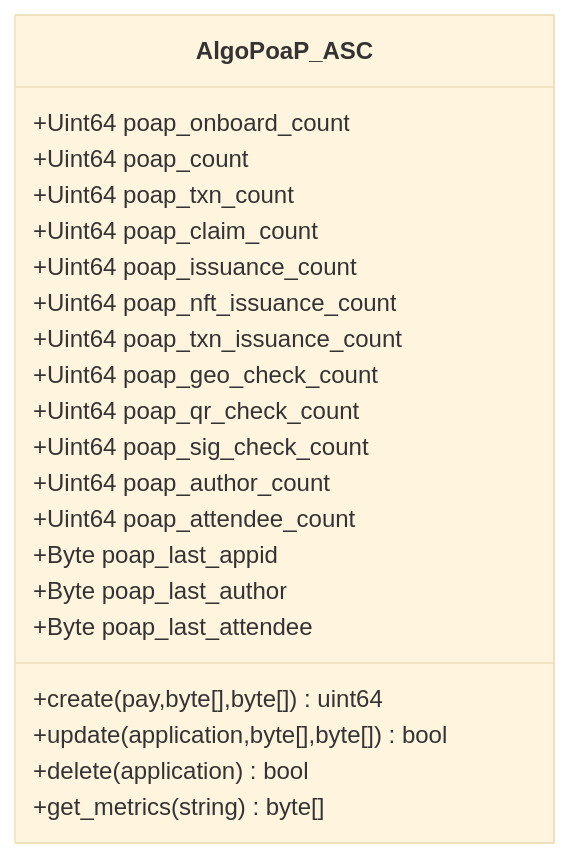
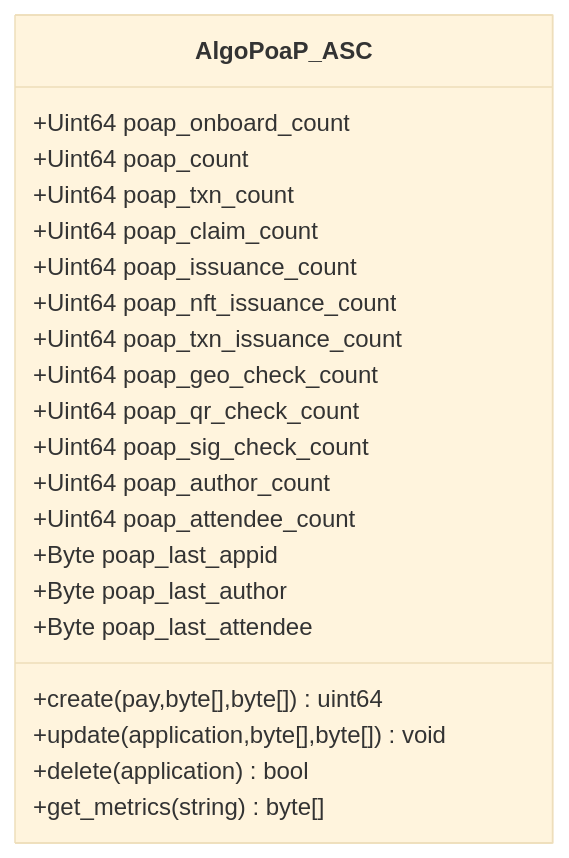
Before and after one commit to GoPlausible/.github: the eighth of 10 diagrams in profile/README.md, drawn with Mermaid (base theme). The commit also changed other lines of this file, not shown here.

````diff
--- a/profile/README.md
+++ b/profile/README.md
@@ -307,26 +300,26 @@
 ```mermaid
   classDiagram
     class AlgoPoaP_ASC
     AlgoPoaP_ASC : +Uint64 poap_onboard_count
     AlgoPoaP_ASC : +Uint64 poap_count
     AlgoPoaP_ASC : +Uint64 poap_txn_count
     AlgoPoaP_ASC : +Uint64 poap_claim_count
     AlgoPoaP_ASC : +Uint64 poap_issuance_count
     AlgoPoaP_ASC : +Uint64 poap_nft_issuance_count
     AlgoPoaP_ASC : +Uint64 poap_txn_issuance_count
 
     AlgoPoaP_ASC : +Uint64 poap_geo_check_count
     AlgoPoaP_ASC : +Uint64 poap_qr_check_count
     AlgoPoaP_ASC : +Uint64 poap_sig_check_count
 
     AlgoPoaP_ASC : +Uint64 poap_author_count
     AlgoPoaP_ASC : +Uint64 poap_attendee_count
     AlgoPoaP_ASC : +Byte poap_last_appid
     AlgoPoaP_ASC : +Byte poap_last_author
     AlgoPoaP_ASC : +Byte poap_last_attendee
     AlgoPoaP_ASC : +create(pay,byte[],byte[])uint64
-    AlgoPoaP_ASC : +update(application,byte[],byte[])bool
+    AlgoPoaP_ASC : +update(application,byte[],byte[])void
     AlgoPoaP_ASC : +delete(application)bool
     AlgoPoaP_ASC : +get_metrics(string)byte[]
     
 ```
````
